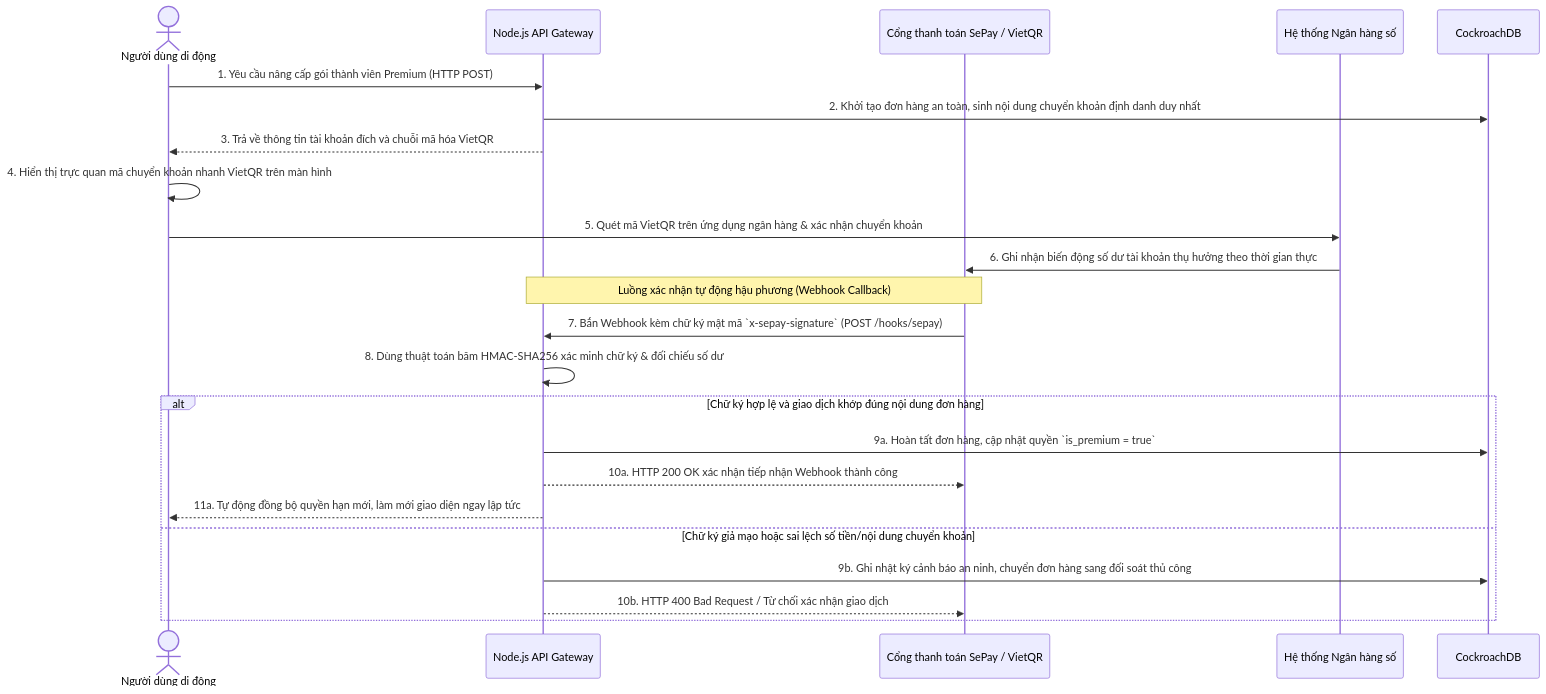
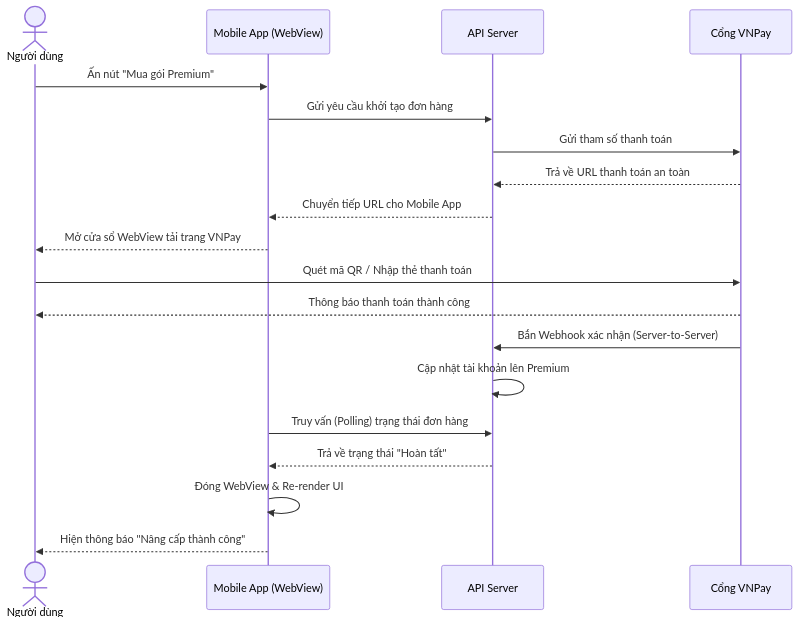
One commit to maikhang160504/spending-diary changed the ninth of 12 diagrams in Luan_van_Hoan_chinh.md. Above: the diagram before and after it, drawn with Mermaid. The commit also changed other lines of this file and 103 other files, not shown here.

````diff
--- a/Luan_van_Hoan_chinh.md
+++ b/Luan_van_Hoan_chinh.md
@@ -798,29 +634,22 @@
 ```mermaid
 sequenceDiagram
-    actor U as Người dùng di động
-    participant API as Node.js API Gateway
-    participant SePay as Cổng thanh toán SePay / VietQR
-    participant Bank as Hệ thống Ngân hàng số
-    participant DB as CockroachDB
-
-    U->>API: 1. Yêu cầu nâng cấp gói thành viên Premium (HTTP POST)
-    API->>DB: 2. Khởi tạo đơn hàng an toàn, sinh nội dung chuyển khoản định danh duy nhất
-    API-->>U: 3. Trả về thông tin tài khoản đích và chuỗi mã hóa VietQR
-    U->>U: 4. Hiển thị trực quan mã chuyển khoản nhanh VietQR trên màn hình
+    actor U as Người dùng
+    participant A as Mobile App (WebView)
+    participant S as API Server
+    participant VN as Cổng VNPay
     
-    U->>Bank: 5. Quét mã VietQR trên ứng dụng ngân hàng & xác nhận chuyển khoản
-    Bank->>SePay: 6. Ghi nhận biến động số dư tài khoản thụ hưởng theo thời gian thực
-    
-    note over SePay,API: Luồng xác nhận tự động hậu phương (Webhook Callback)
-    SePay->>API: 7. Bắn Webhook kèm chữ ký mật mã `x-sepay-signature` (POST /hooks/sepay)
-    API->>API: 8. Dùng thuật toán băm HMAC-SHA256 xác minh chữ ký & đối chiếu số dư
-    
-    alt Chữ ký hợp lệ và giao dịch khớp đúng nội dung đơn hàng
-        API->>DB: 9a. Hoàn tất đơn hàng, cập nhật quyền `is_premium = true`
-        API-->>SePay: 10a. HTTP 200 OK xác nhận tiếp nhận Webhook thành công
-        API-->>U: 11a. Tự động đồng bộ quyền hạn mới, làm mới giao diện ngay lập tức
-    else Chữ ký giả mạo hoặc sai lệch số tiền/nội dung chuyển khoản
-        API->>DB: 9b. Ghi nhật ký cảnh báo an ninh, chuyển đơn hàng sang đối soát thủ công
-        API-->>SePay: 10b. HTTP 400 Bad Request / Từ chối xác nhận giao dịch
-    end
+    U->>A: Ấn nút "Mua gói Premium"
+    A->>S: Gửi yêu cầu khởi tạo đơn hàng
+    S->>VN: Gửi tham số thanh toán
+    VN-->>S: Trả về URL thanh toán an toàn
+    S-->>A: Chuyển tiếp URL cho Mobile App
+    A-->>U: Mở cửa sổ WebView tải trang VNPay
+    U->>VN: Quét mã QR / Nhập thẻ thanh toán
+    VN-->>U: Thông báo thanh toán thành công
+    VN->>S: Bắn Webhook xác nhận (Server-to-Server)
+    S->>S: Cập nhật tài khoản lên Premium
+    A->>S: Truy vấn (Polling) trạng thái đơn hàng
+    S-->>A: Trả về trạng thái "Hoàn tất"
+    A->>A: Đóng WebView & Re-render UI
+    A-->>U: Hiện thông báo "Nâng cấp thành công"
 ```
````
